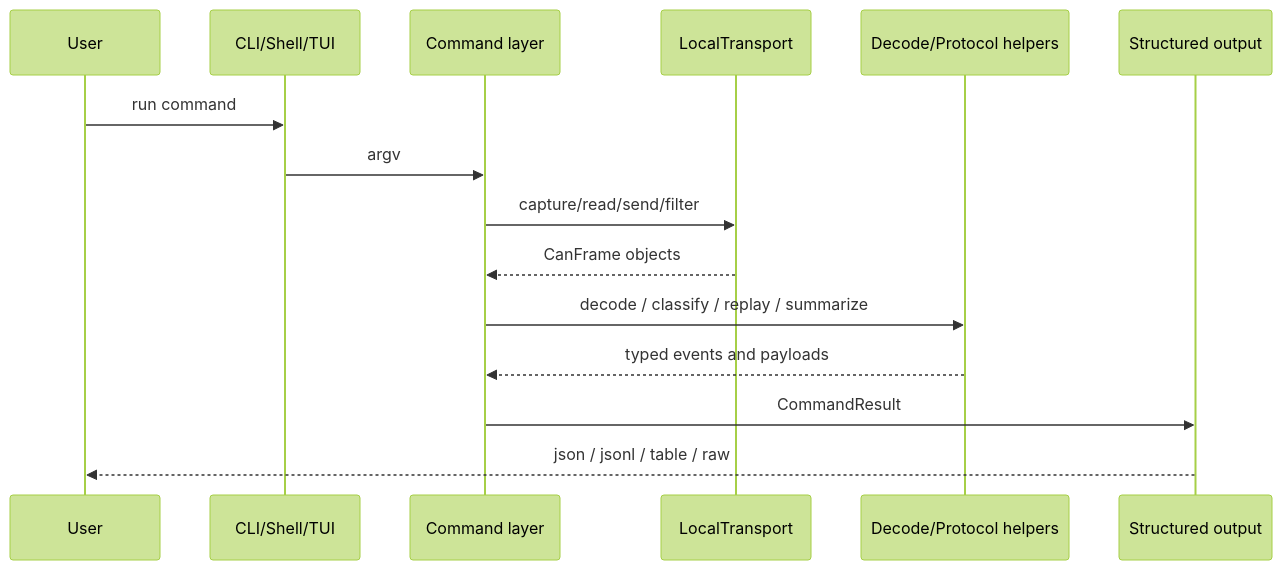
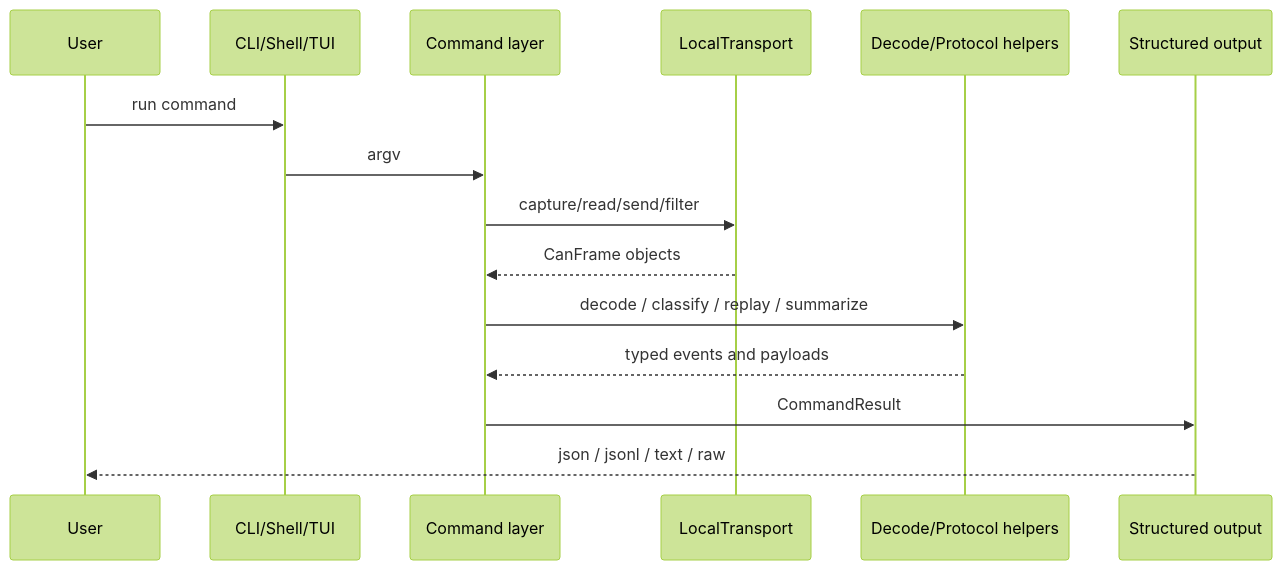
Before and after one commit to hexsecs/canarchy: the fifth of 5 diagrams in docs/architecture.md, drawn with Mermaid (forest theme). The commit also changed other lines of this file and 48 other files, not shown here.

First line of the commit message:
Rename human output mode to text

````diff
--- a/docs/architecture.md
+++ b/docs/architecture.md
@@ -306,18 +306,18 @@
 ```mermaid
 sequenceDiagram
     participant User
     participant FrontEnd as CLI/Shell/TUI
     participant Command as Command layer
     participant Transport as LocalTransport
     participant Engine as Decode/Protocol helpers
     participant Output as Structured output
 
     User->>FrontEnd: run command
     FrontEnd->>Command: argv
     Command->>Transport: capture/read/send/filter
     Transport-->>Command: CanFrame objects
     Command->>Engine: decode / classify / replay / summarize
     Engine-->>Command: typed events and payloads
     Command->>Output: CommandResult
-    Output-->>User: json / jsonl / table / raw
+    Output-->>User: json / jsonl / text / raw
 ```
````
